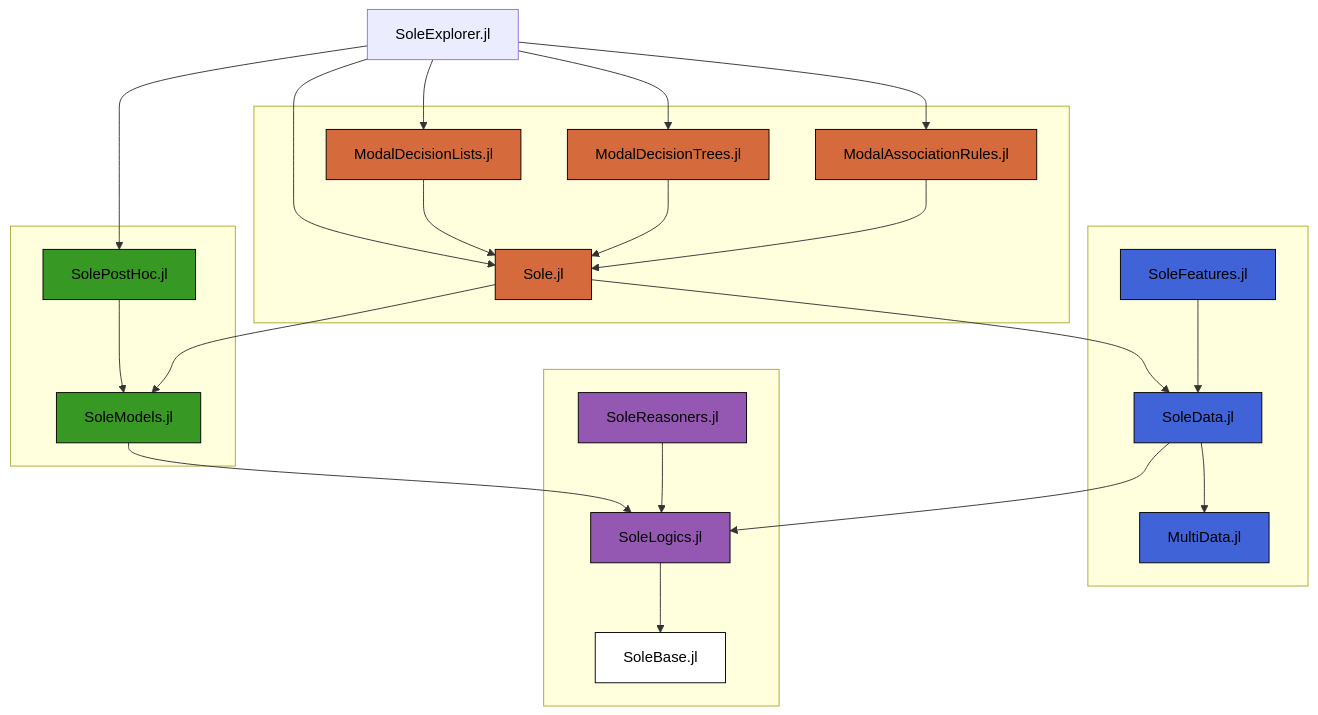
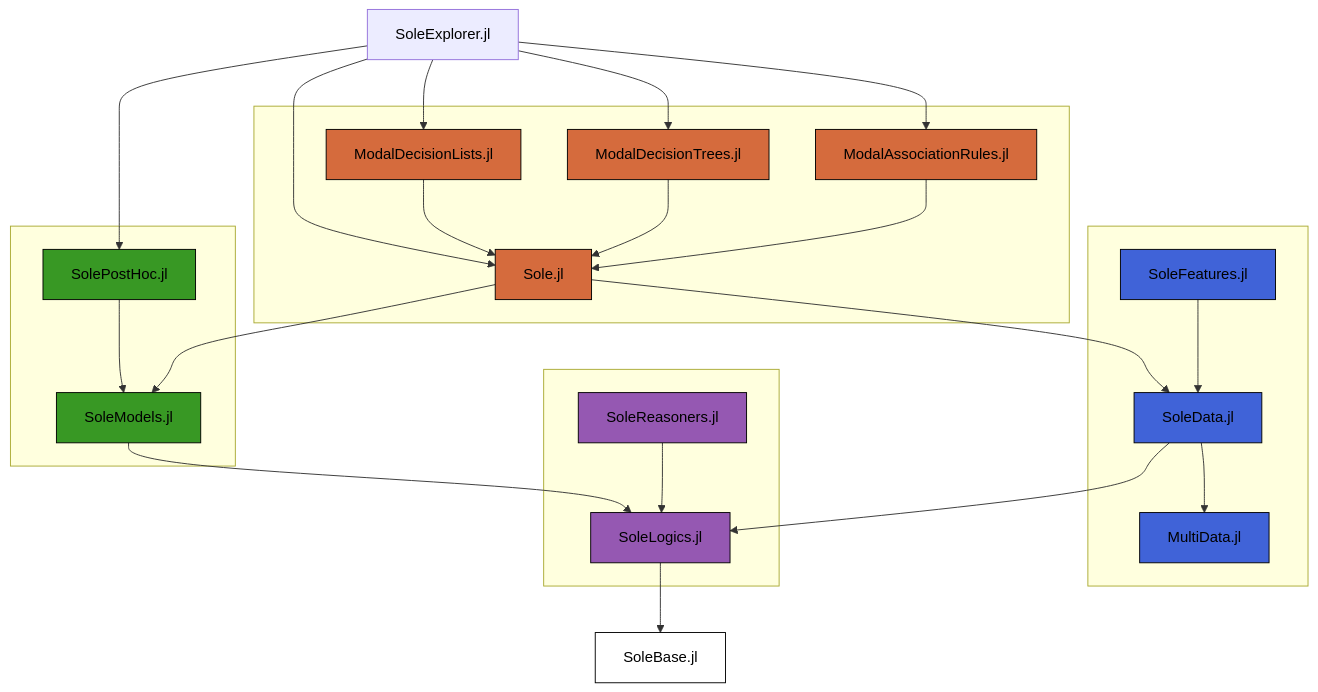
The second of 2 diagrams in README.md (aclai-lab/Sole.jl), drawn with Mermaid before and after one commit.

Commit message:
SB node moved out of subgraph in Sole schema

````diff
--- a/README.md
+++ b/README.md
@@ -113,60 +113,60 @@
 ```mermaid
 graph TD
     SX[<font color="black">SoleExplorer.jl</font>]
 
     subgraph Group1[ ]
         MAR[<font color="black">ModalAssociationRules.jl</font>]
         MDT[<font color="black">ModalDecisionTrees.jl</font>]
         MDL[<font color="black">ModalDecisionLists.jl</font>]
         S[<font color="black">Sole.jl</font>]
     end
 
     subgraph Group2[ ]
         SF[<font color="black">SoleFeatures.jl</font>]
         SD[<font color="black">SoleData.jl</font>]
         MD[<font color="black">MultiData.jl</font>]
     end
 
     subgraph Group3[ ]
         PHC[<font color="black">SolePostHoc.jl</font>]
         SM[<font color="black">SoleModels.jl</font>]
     end
 
     subgraph Group4[ ]
         SL[<font color="black">SoleLogics.jl</font>]
         SR[<font color="black">SoleReasoners.jl</font>]
-        SB[<font color="black">SoleBase.jl</font>]
     end
+    SB[<font color="black">SoleBase.jl</font>]
 
     SX --> MDL 
     SX --> MDT
     SX --> MAR
     SX --> S
     SX --> PHC
 
     SL --> SB
     SD --> SL
     SD --> MD
     SM --> SL
     S --> SD
     PHC --> SM
     S --> SM
     SF --> SD
     MDL --> S
     MDT --> S
     MAR --> S
     SR --> SL
 
     style SB fill:#FFFFFF,stroke:#000000
     style SL fill:#9558B2,stroke:#000000
     style SD fill:#4063D8,stroke:#000000
     style SM fill:#389824,stroke:#000000
     style SF fill:#4063D8,stroke:#000000
     style S fill:#D56B3D,stroke:#000000
     style MDL fill:#D56B3D,stroke:#000000
     style MDT fill:#D56B3D,stroke:#000000
     style MAR fill:#D56B3D,stroke:#000000
     style PHC fill:#389824,stroke:#000000
     style SR fill:#9558B2,stroke:#000000
     style MD fill:#4063D8,stroke:#000000
 ```
````
